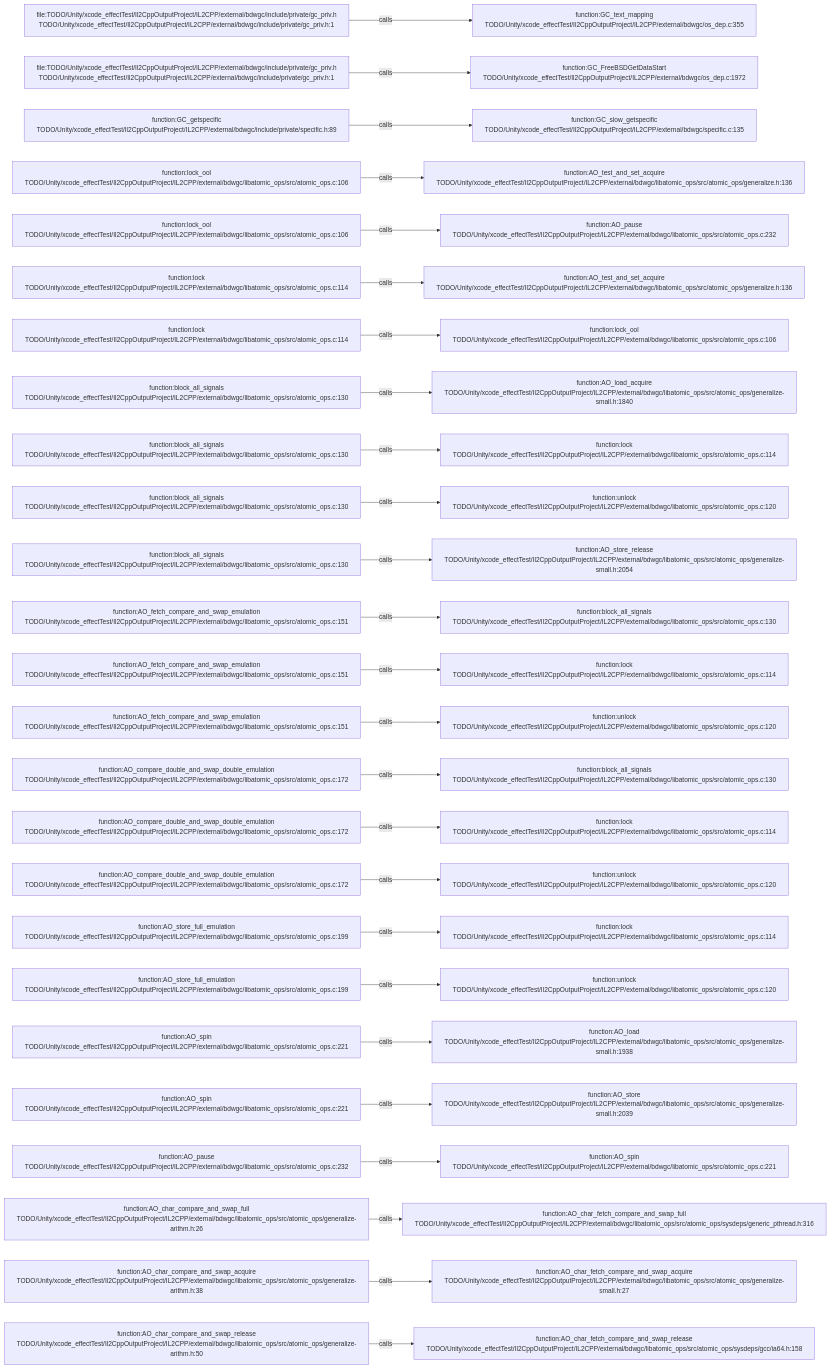
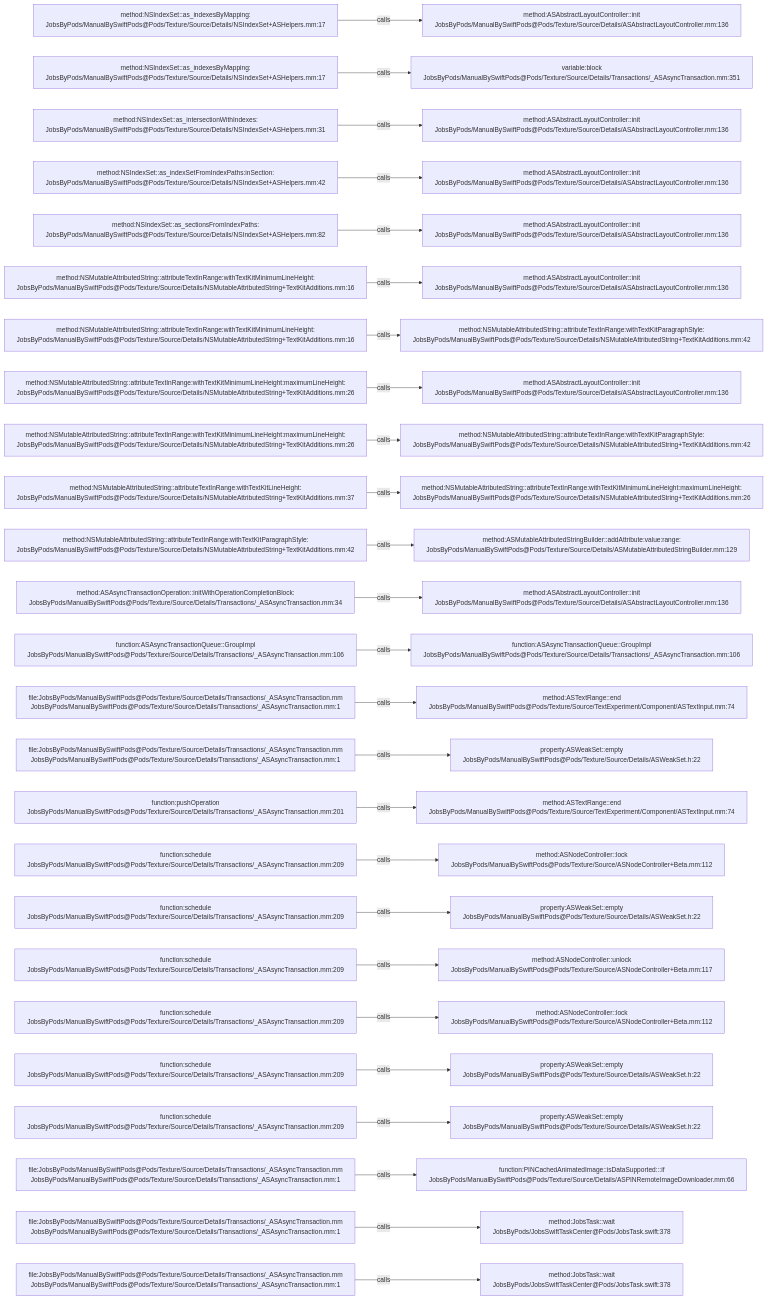
One commit to JobsKits/JobsSwiftBaseConfigDemo changed the diagram in .codegraph/codegraph.md/graphs/calls-117.md. Above: the diagram before and after it, drawn with Mermaid. The commit also changed 2959 other files, not shown here.

````diff
--- a/.codegraph/codegraph.md/graphs/calls-117.md
+++ b/.codegraph/codegraph.md/graphs/calls-117.md
@@ -13,78 +13,78 @@
 ```mermaid
 flowchart LR
-  S1["file:TODO/Unity/xcode_effectTest/Il2CppOutputProject/IL2CPP/external/bdwgc/include/private/gc_priv.h<br/>TODO/Unity/xcode_effectTest/Il2CppOutputProject/IL2CPP/external/bdwgc/include/private/gc_priv.h:1"]
-  T1["function:GC_text_mapping<br/>TODO/Unity/xcode_effectTest/Il2CppOutputProject/IL2CPP/external/bdwgc/os_dep.c:355"]
+  S1["method:NSIndexSet::as_indexesByMapping:<br/>JobsByPods/ManualBySwiftPods@Pods/Texture/Source/Details/NSIndexSet+ASHelpers.mm:17"]
+  T1["method:ASAbstractLayoutController::init<br/>JobsByPods/ManualBySwiftPods@Pods/Texture/Source/Details/ASAbstractLayoutController.mm:136"]
   S1 -->|calls| T1
-  S2["file:TODO/Unity/xcode_effectTest/Il2CppOutputProject/IL2CPP/external/bdwgc/include/private/gc_priv.h<br/>TODO/Unity/xcode_effectTest/Il2CppOutputProject/IL2CPP/external/bdwgc/include/private/gc_priv.h:1"]
-  T2["function:GC_FreeBSDGetDataStart<br/>TODO/Unity/xcode_effectTest/Il2CppOutputProject/IL2CPP/external/bdwgc/os_dep.c:1972"]
+  S2["method:NSIndexSet::as_indexesByMapping:<br/>JobsByPods/ManualBySwiftPods@Pods/Texture/Source/Details/NSIndexSet+ASHelpers.mm:17"]
+  T2["variable:block<br/>JobsByPods/ManualBySwiftPods@Pods/Texture/Source/Details/Transactions/_ASAsyncTransaction.mm:351"]
   S2 -->|calls| T2
-  S3["function:GC_getspecific<br/>TODO/Unity/xcode_effectTest/Il2CppOutputProject/IL2CPP/external/bdwgc/include/private/specific.h:89"]
-  T3["function:GC_slow_getspecific<br/>TODO/Unity/xcode_effectTest/Il2CppOutputProject/IL2CPP/external/bdwgc/specific.c:135"]
+  S3["method:NSIndexSet::as_intersectionWithIndexes:<br/>JobsByPods/ManualBySwiftPods@Pods/Texture/Source/Details/NSIndexSet+ASHelpers.mm:31"]
+  T3["method:ASAbstractLayoutController::init<br/>JobsByPods/ManualBySwiftPods@Pods/Texture/Source/Details/ASAbstractLayoutController.mm:136"]
   S3 -->|calls| T3
-  S4["function:lock_ool<br/>TODO/Unity/xcode_effectTest/Il2CppOutputProject/IL2CPP/external/bdwgc/libatomic_ops/src/atomic_ops.c:106"]
-  T4["function:AO_test_and_set_acquire<br/>TODO/Unity/xcode_effectTest/Il2CppOutputProject/IL2CPP/external/bdwgc/libatomic_ops/src/atomic_ops/generalize.h:136"]
+  S4["method:NSIndexSet::as_indexSetFromIndexPaths:inSection:<br/>JobsByPods/ManualBySwiftPods@Pods/Texture/Source/Details/NSIndexSet+ASHelpers.mm:42"]
+  T4["method:ASAbstractLayoutController::init<br/>JobsByPods/ManualBySwiftPods@Pods/Texture/Source/Details/ASAbstractLayoutController.mm:136"]
   S4 -->|calls| T4
-  S5["function:lock_ool<br/>TODO/Unity/xcode_effectTest/Il2CppOutputProject/IL2CPP/external/bdwgc/libatomic_ops/src/atomic_ops.c:106"]
-  T5["function:AO_pause<br/>TODO/Unity/xcode_effectTest/Il2CppOutputProject/IL2CPP/external/bdwgc/libatomic_ops/src/atomic_ops.c:232"]
+  S5["method:NSIndexSet::as_sectionsFromIndexPaths:<br/>JobsByPods/ManualBySwiftPods@Pods/Texture/Source/Details/NSIndexSet+ASHelpers.mm:82"]
+  T5["method:ASAbstractLayoutController::init<br/>JobsByPods/ManualBySwiftPods@Pods/Texture/Source/Details/ASAbstractLayoutController.mm:136"]
   S5 -->|calls| T5
-  S6["function:lock<br/>TODO/Unity/xcode_effectTest/Il2CppOutputProject/IL2CPP/external/bdwgc/libatomic_ops/src/atomic_ops.c:114"]
-  T6["function:AO_test_and_set_acquire<br/>TODO/Unity/xcode_effectTest/Il2CppOutputProject/IL2CPP/external/bdwgc/libatomic_ops/src/atomic_ops/generalize.h:136"]
+  S6["method:NSMutableAttributedString::attributeTextInRange:withTextKitMinimumLineHeight:<br/>JobsByPods/ManualBySwiftPods@Pods/Texture/Source/Details/NSMutableAttributedString+TextKitAdditions.mm:16"]
+  T6["method:ASAbstractLayoutController::init<br/>JobsByPods/ManualBySwiftPods@Pods/Texture/Source/Details/ASAbstractLayoutController.mm:136"]
   S6 -->|calls| T6
-  S7["function:lock<br/>TODO/Unity/xcode_effectTest/Il2CppOutputProject/IL2CPP/external/bdwgc/libatomic_ops/src/atomic_ops.c:114"]
-  T7["function:lock_ool<br/>TODO/Unity/xcode_effectTest/Il2CppOutputProject/IL2CPP/external/bdwgc/libatomic_ops/src/atomic_ops.c:106"]
+  S7["method:NSMutableAttributedString::attributeTextInRange:withTextKitMinimumLineHeight:<br/>JobsByPods/ManualBySwiftPods@Pods/Texture/Source/Details/NSMutableAttributedString+TextKitAdditions.mm:16"]
+  T7["method:NSMutableAttributedString::attributeTextInRange:withTextKitParagraphStyle:<br/>JobsByPods/ManualBySwiftPods@Pods/Texture/Source/Details/NSMutableAttributedString+TextKitAdditions.mm:42"]
   S7 -->|calls| T7
-  S8["function:block_all_signals<br/>TODO/Unity/xcode_effectTest/Il2CppOutputProject/IL2CPP/external/bdwgc/libatomic_ops/src/atomic_ops.c:130"]
-  T8["function:AO_load_acquire<br/>TODO/Unity/xcode_effectTest/Il2CppOutputProject/IL2CPP/external/bdwgc/libatomic_ops/src/atomic_ops/generalize-small.h:1840"]
+  S8["method:NSMutableAttributedString::attributeTextInRange:withTextKitMinimumLineHeight:maximumLineHeight:<br/>JobsByPods/ManualBySwiftPods@Pods/Texture/Source/Details/NSMutableAttributedString+TextKitAdditions.mm:26"]
+  T8["method:ASAbstractLayoutController::init<br/>JobsByPods/ManualBySwiftPods@Pods/Texture/Source/Details/ASAbstractLayoutController.mm:136"]
   S8 -->|calls| T8
-  S9["function:block_all_signals<br/>TODO/Unity/xcode_effectTest/Il2CppOutputProject/IL2CPP/external/bdwgc/libatomic_ops/src/atomic_ops.c:130"]
-  T9["function:lock<br/>TODO/Unity/xcode_effectTest/Il2CppOutputProject/IL2CPP/external/bdwgc/libatomic_ops/src/atomic_ops.c:114"]
+  S9["method:NSMutableAttributedString::attributeTextInRange:withTextKitMinimumLineHeight:maximumLineHeight:<br/>JobsByPods/ManualBySwiftPods@Pods/Texture/Source/Details/NSMutableAttributedString+TextKitAdditions.mm:26"]
+  T9["method:NSMutableAttributedString::attributeTextInRange:withTextKitParagraphStyle:<br/>JobsByPods/ManualBySwiftPods@Pods/Texture/Source/Details/NSMutableAttributedString+TextKitAdditions.mm:42"]
   S9 -->|calls| T9
-  S10["function:block_all_signals<br/>TODO/Unity/xcode_effectTest/Il2CppOutputProject/IL2CPP/external/bdwgc/libatomic_ops/src/atomic_ops.c:130"]
-  T10["function:unlock<br/>TODO/Unity/xcode_effectTest/Il2CppOutputProject/IL2CPP/external/bdwgc/libatomic_ops/src/atomic_ops.c:120"]
+  S10["method:NSMutableAttributedString::attributeTextInRange:withTextKitLineHeight:<br/>JobsByPods/ManualBySwiftPods@Pods/Texture/Source/Details/NSMutableAttributedString+TextKitAdditions.mm:37"]
+  T10["method:NSMutableAttributedString::attributeTextInRange:withTextKitMinimumLineHeight:maximumLineHeight:<br/>JobsByPods/ManualBySwiftPods@Pods/Texture/Source/Details/NSMutableAttributedString+TextKitAdditions.mm:26"]
   S10 -->|calls| T10
-  S11["function:block_all_signals<br/>TODO/Unity/xcode_effectTest/Il2CppOutputProject/IL2CPP/external/bdwgc/libatomic_ops/src/atomic_ops.c:130"]
-  T11["function:AO_store_release<br/>TODO/Unity/xcode_effectTest/Il2CppOutputProject/IL2CPP/external/bdwgc/libatomic_ops/src/atomic_ops/generalize-small.h:2054"]
+  S11["method:NSMutableAttributedString::attributeTextInRange:withTextKitParagraphStyle:<br/>JobsByPods/ManualBySwiftPods@Pods/Texture/Source/Details/NSMutableAttributedString+TextKitAdditions.mm:42"]
+  T11["method:ASMutableAttributedStringBuilder::addAttribute:value:range:<br/>JobsByPods/ManualBySwiftPods@Pods/Texture/Source/Details/ASMutableAttributedStringBuilder.mm:129"]
   S11 -->|calls| T11
-  S12["function:AO_fetch_compare_and_swap_emulation<br/>TODO/Unity/xcode_effectTest/Il2CppOutputProject/IL2CPP/external/bdwgc/libatomic_ops/src/atomic_ops.c:151"]
-  T12["function:block_all_signals<br/>TODO/Unity/xcode_effectTest/Il2CppOutputProject/IL2CPP/external/bdwgc/libatomic_ops/src/atomic_ops.c:130"]
+  S12["method:ASAsyncTransactionOperation::initWithOperationCompletionBlock:<br/>JobsByPods/ManualBySwiftPods@Pods/Texture/Source/Details/Transactions/_ASAsyncTransaction.mm:34"]
+  T12["method:ASAbstractLayoutController::init<br/>JobsByPods/ManualBySwiftPods@Pods/Texture/Source/Details/ASAbstractLayoutController.mm:136"]
   S12 -->|calls| T12
-  S13["function:AO_fetch_compare_and_swap_emulation<br/>TODO/Unity/xcode_effectTest/Il2CppOutputProject/IL2CPP/external/bdwgc/libatomic_ops/src/atomic_ops.c:151"]
-  T13["function:lock<br/>TODO/Unity/xcode_effectTest/Il2CppOutputProject/IL2CPP/external/bdwgc/libatomic_ops/src/atomic_ops.c:114"]
+  S13["function:ASAsyncTransactionQueue::GroupImpl<br/>JobsByPods/ManualBySwiftPods@Pods/Texture/Source/Details/Transactions/_ASAsyncTransaction.mm:106"]
+  T13["function:ASAsyncTransactionQueue::GroupImpl<br/>JobsByPods/ManualBySwiftPods@Pods/Texture/Source/Details/Transactions/_ASAsyncTransaction.mm:106"]
   S13 -->|calls| T13
-  S14["function:AO_fetch_compare_and_swap_emulation<br/>TODO/Unity/xcode_effectTest/Il2CppOutputProject/IL2CPP/external/bdwgc/libatomic_ops/src/atomic_ops.c:151"]
-  T14["function:unlock<br/>TODO/Unity/xcode_effectTest/Il2CppOutputProject/IL2CPP/external/bdwgc/libatomic_ops/src/atomic_ops.c:120"]
+  S14["file:JobsByPods/ManualBySwiftPods@Pods/Texture/Source/Details/Transactions/_ASAsyncTransaction.mm<br/>JobsByPods/ManualBySwiftPods@Pods/Texture/Source/Details/Transactions/_ASAsyncTransaction.mm:1"]
+  T14["method:ASTextRange::end<br/>JobsByPods/ManualBySwiftPods@Pods/Texture/Source/TextExperiment/Component/ASTextInput.mm:74"]
   S14 -->|calls| T14
-  S15["function:AO_compare_double_and_swap_double_emulation<br/>TODO/Unity/xcode_effectTest/Il2CppOutputProject/IL2CPP/external/bdwgc/libatomic_ops/src/atomic_ops.c:172"]
-  T15["function:block_all_signals<br/>TODO/Unity/xcode_effectTest/Il2CppOutputProject/IL2CPP/external/bdwgc/libatomic_ops/src/atomic_ops.c:130"]
+  S15["file:JobsByPods/ManualBySwiftPods@Pods/Texture/Source/Details/Transactions/_ASAsyncTransaction.mm<br/>JobsByPods/ManualBySwiftPods@Pods/Texture/Source/Details/Transactions/_ASAsyncTransaction.mm:1"]
+  T15["property:ASWeakSet::empty<br/>JobsByPods/ManualBySwiftPods@Pods/Texture/Source/Details/ASWeakSet.h:22"]
   S15 -->|calls| T15
-  S16["function:AO_compare_double_and_swap_double_emulation<br/>TODO/Unity/xcode_effectTest/Il2CppOutputProject/IL2CPP/external/bdwgc/libatomic_ops/src/atomic_ops.c:172"]
-  T16["function:lock<br/>TODO/Unity/xcode_effectTest/Il2CppOutputProject/IL2CPP/external/bdwgc/libatomic_ops/src/atomic_ops.c:114"]
+  S16["function:pushOperation<br/>JobsByPods/ManualBySwiftPods@Pods/Texture/Source/Details/Transactions/_ASAsyncTransaction.mm:201"]
+  T16["method:ASTextRange::end<br/>JobsByPods/ManualBySwiftPods@Pods/Texture/Source/TextExperiment/Component/ASTextInput.mm:74"]
   S16 -->|calls| T16
-  S17["function:AO_compare_double_and_swap_double_emulation<br/>TODO/Unity/xcode_effectTest/Il2CppOutputProject/IL2CPP/external/bdwgc/libatomic_ops/src/atomic_ops.c:172"]
-  T17["function:unlock<br/>TODO/Unity/xcode_effectTest/Il2CppOutputProject/IL2CPP/external/bdwgc/libatomic_ops/src/atomic_ops.c:120"]
+  S17["function:schedule<br/>JobsByPods/ManualBySwiftPods@Pods/Texture/Source/Details/Transactions/_ASAsyncTransaction.mm:209"]
+  T17["method:ASNodeController::lock<br/>JobsByPods/ManualBySwiftPods@Pods/Texture/Source/ASNodeController+Beta.mm:112"]
   S17 -->|calls| T17
-  S18["function:AO_store_full_emulation<br/>TODO/Unity/xcode_effectTest/Il2CppOutputProject/IL2CPP/external/bdwgc/libatomic_ops/src/atomic_ops.c:199"]
-  T18["function:lock<br/>TODO/Unity/xcode_effectTest/Il2CppOutputProject/IL2CPP/external/bdwgc/libatomic_ops/src/atomic_ops.c:114"]
+  S18["function:schedule<br/>JobsByPods/ManualBySwiftPods@Pods/Texture/Source/Details/Transactions/_ASAsyncTransaction.mm:209"]
+  T18["property:ASWeakSet::empty<br/>JobsByPods/ManualBySwiftPods@Pods/Texture/Source/Details/ASWeakSet.h:22"]
   S18 -->|calls| T18
-  S19["function:AO_store_full_emulation<br/>TODO/Unity/xcode_effectTest/Il2CppOutputProject/IL2CPP/external/bdwgc/libatomic_ops/src/atomic_ops.c:199"]
-  T19["function:unlock<br/>TODO/Unity/xcode_effectTest/Il2CppOutputProject/IL2CPP/external/bdwgc/libatomic_ops/src/atomic_ops.c:120"]
+  S19["function:schedule<br/>JobsByPods/ManualBySwiftPods@Pods/Texture/Source/Details/Transactions/_ASAsyncTransaction.mm:209"]
+  T19["method:ASNodeController::unlock<br/>JobsByPods/ManualBySwiftPods@Pods/Texture/Source/ASNodeController+Beta.mm:117"]
   S19 -->|calls| T19
-  S20["function:AO_spin<br/>TODO/Unity/xcode_effectTest/Il2CppOutputProject/IL2CPP/external/bdwgc/libatomic_ops/src/atomic_ops.c:221"]
-  T20["function:AO_load<br/>TODO/Unity/xcode_effectTest/Il2CppOutputProject/IL2CPP/external/bdwgc/libatomic_ops/src/atomic_ops/generalize-small.h:1938"]
+  S20["function:schedule<br/>JobsByPods/ManualBySwiftPods@Pods/Texture/Source/Details/Transactions/_ASAsyncTransaction.mm:209"]
+  T20["method:ASNodeController::lock<br/>JobsByPods/ManualBySwiftPods@Pods/Texture/Source/ASNodeController+Beta.mm:112"]
   S20 -->|calls| T20
-  S21["function:AO_spin<br/>TODO/Unity/xcode_effectTest/Il2CppOutputProject/IL2CPP/external/bdwgc/libatomic_ops/src/atomic_ops.c:221"]
-  T21["function:AO_store<br/>TODO/Unity/xcode_effectTest/Il2CppOutputProject/IL2CPP/external/bdwgc/libatomic_ops/src/atomic_ops/generalize-small.h:2039"]
+  S21["function:schedule<br/>JobsByPods/ManualBySwiftPods@Pods/Texture/Source/Details/Transactions/_ASAsyncTransaction.mm:209"]
+  T21["property:ASWeakSet::empty<br/>JobsByPods/ManualBySwiftPods@Pods/Texture/Source/Details/ASWeakSet.h:22"]
   S21 -->|calls| T21
-  S22["function:AO_pause<br/>TODO/Unity/xcode_effectTest/Il2CppOutputProject/IL2CPP/external/bdwgc/libatomic_ops/src/atomic_ops.c:232"]
-  T22["function:AO_spin<br/>TODO/Unity/xcode_effectTest/Il2CppOutputProject/IL2CPP/external/bdwgc/libatomic_ops/src/atomic_ops.c:221"]
+  S22["function:schedule<br/>JobsByPods/ManualBySwiftPods@Pods/Texture/Source/Details/Transactions/_ASAsyncTransaction.mm:209"]
+  T22["property:ASWeakSet::empty<br/>JobsByPods/ManualBySwiftPods@Pods/Texture/Source/Details/ASWeakSet.h:22"]
   S22 -->|calls| T22
-  S23["function:AO_char_compare_and_swap_full<br/>TODO/Unity/xcode_effectTest/Il2CppOutputProject/IL2CPP/external/bdwgc/libatomic_ops/src/atomic_ops/generalize-arithm.h:26"]
-  T23["function:AO_char_fetch_compare_and_swap_full<br/>TODO/Unity/xcode_effectTest/Il2CppOutputProject/IL2CPP/external/bdwgc/libatomic_ops/src/atomic_ops/sysdeps/generic_pthread.h:316"]
+  S23["file:JobsByPods/ManualBySwiftPods@Pods/Texture/Source/Details/Transactions/_ASAsyncTransaction.mm<br/>JobsByPods/ManualBySwiftPods@Pods/Texture/Source/Details/Transactions/_ASAsyncTransaction.mm:1"]
+  T23["function:PINCachedAnimatedImage::isDataSupported:::if<br/>JobsByPods/ManualBySwiftPods@Pods/Texture/Source/Details/ASPINRemoteImageDownloader.mm:66"]
   S23 -->|calls| T23
-  S24["function:AO_char_compare_and_swap_acquire<br/>TODO/Unity/xcode_effectTest/Il2CppOutputProject/IL2CPP/external/bdwgc/libatomic_ops/src/atomic_ops/generalize-arithm.h:38"]
-  T24["function:AO_char_fetch_compare_and_swap_acquire<br/>TODO/Unity/xcode_effectTest/Il2CppOutputProject/IL2CPP/external/bdwgc/libatomic_ops/src/atomic_ops/generalize-small.h:27"]
+  S24["file:JobsByPods/ManualBySwiftPods@Pods/Texture/Source/Details/Transactions/_ASAsyncTransaction.mm<br/>JobsByPods/ManualBySwiftPods@Pods/Texture/Source/Details/Transactions/_ASAsyncTransaction.mm:1"]
+  T24["method:JobsTask::wait<br/>JobsByPods/JobsSwiftTaskCenter@Pods/JobsTask.swift:378"]
   S24 -->|calls| T24
-  S25["function:AO_char_compare_and_swap_release<br/>TODO/Unity/xcode_effectTest/Il2CppOutputProject/IL2CPP/external/bdwgc/libatomic_ops/src/atomic_ops/generalize-arithm.h:50"]
-  T25["function:AO_char_fetch_compare_and_swap_release<br/>TODO/Unity/xcode_effectTest/Il2CppOutputProject/IL2CPP/external/bdwgc/libatomic_ops/src/atomic_ops/sysdeps/gcc/ia64.h:158"]
+  S25["file:JobsByPods/ManualBySwiftPods@Pods/Texture/Source/Details/Transactions/_ASAsyncTransaction.mm<br/>JobsByPods/ManualBySwiftPods@Pods/Texture/Source/Details/Transactions/_ASAsyncTransaction.mm:1"]
+  T25["method:JobsTask::wait<br/>JobsByPods/JobsSwiftTaskCenter@Pods/JobsTask.swift:378"]
   S25 -->|calls| T25
 ```
````
